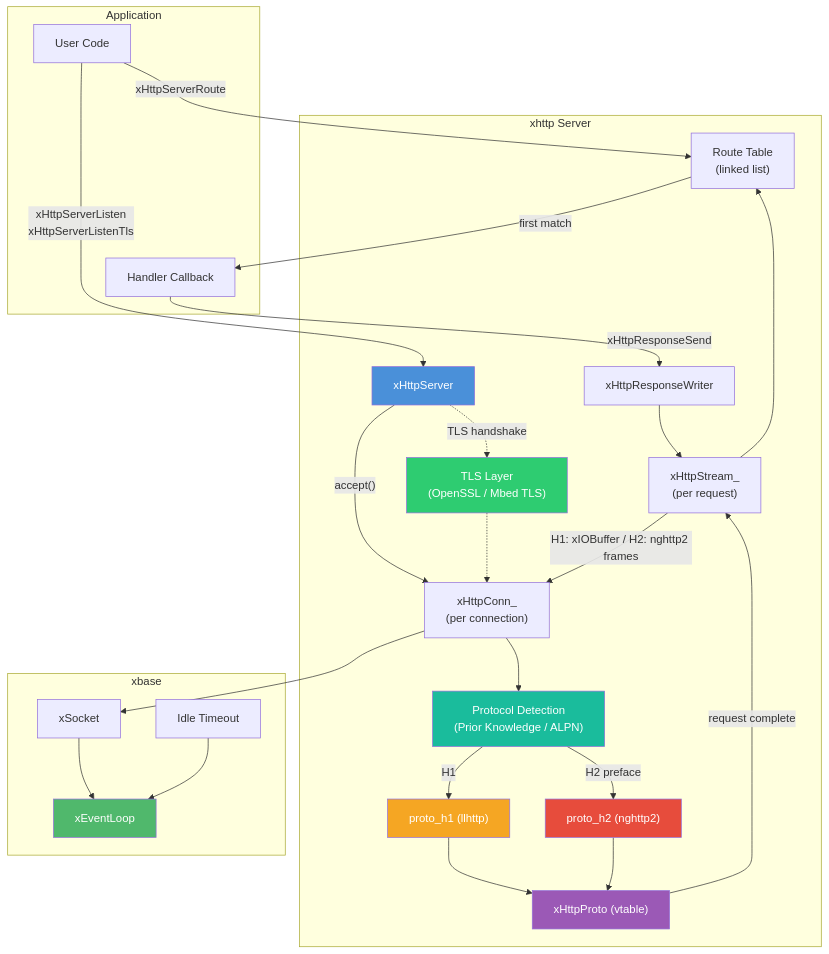
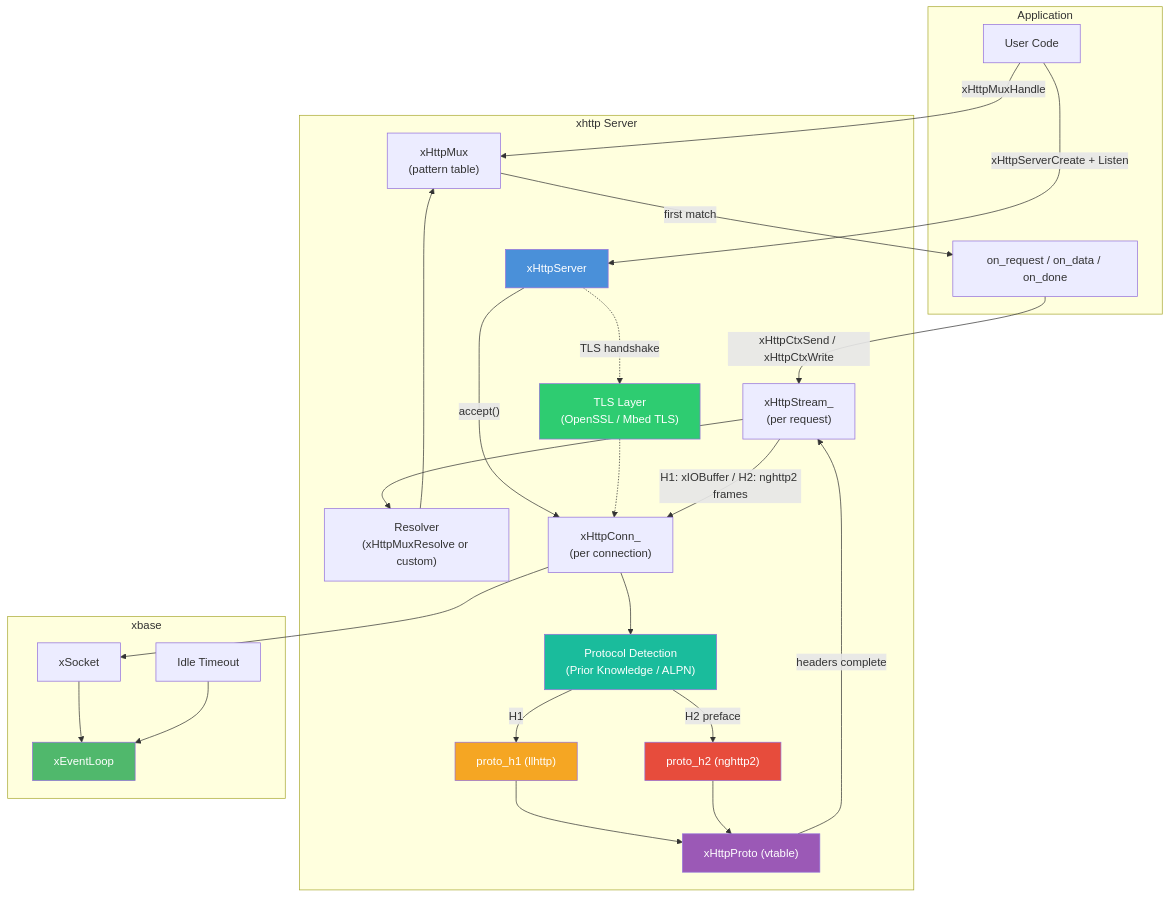
The first of 3 diagrams in docs/libx/http/server.md (mivinci/x), drawn with Mermaid before and after one commit. The commit also changed other lines of this file and 6 other files, not shown here.

First line of the commit message:
Rewrite all HTTP module docs for unified xHttpCtx API

````diff
--- a/docs/libx/http/server.md
+++ b/docs/libx/http/server.md
@@ -25,54 +27,54 @@
 ```mermaid
 graph TD
     subgraph "Application"
         APP["User Code"]
-        HANDLER["Handler Callback"]
+        HANDLER["on_request / on_data / on_done"]
     end
 
     subgraph "xhttp Server"
         SERVER["xHttpServer"]
         TLS["TLS Layer<br/>(OpenSSL / Mbed TLS)"]
-        ROUTER["Route Table<br/>(linked list)"]
+        RESOLVER["Resolver<br/>(xHttpMuxResolve or custom)"]
+        MUX["xHttpMux<br/>(pattern table)"]
         CONN["xHttpConn_<br/>(per connection)"]
         DETECT["Protocol Detection<br/>(Prior Knowledge / ALPN)"]
         PROTO["xHttpProto (vtable)"]
         PARSER_H1["proto_h1 (llhttp)"]
         PARSER_H2["proto_h2 (nghttp2)"]
         STREAM["xHttpStream_<br/>(per request)"]
-        WRITER["xHttpResponseWriter"]
     end
 
     subgraph "xbase"
         LOOP["xEventLoop"]
         SOCK["xSocket"]
         TIMER["Idle Timeout"]
     end
 
-    APP -->|"xHttpServerRoute"| ROUTER
-    APP -->|"xHttpServerListen<br/>xHttpServerListenTls"| SERVER
+    APP -->|"xHttpMuxHandle"| MUX
+    APP -->|"xHttpServerCreate + Listen"| SERVER
     SERVER -->|"accept()"| CONN
     SERVER -.->|"TLS handshake"| TLS
     TLS -.-> CONN
     CONN --> DETECT
     DETECT -->|"H1"| PARSER_H1
     DETECT -->|"H2 preface"| PARSER_H2
     PARSER_H1 --> PROTO
     PARSER_H2 --> PROTO
-    PROTO -->|"request complete"| STREAM
-    STREAM --> ROUTER
-    ROUTER -->|"first match"| HANDLER
-    HANDLER -->|"xHttpResponseSend"| WRITER
-    WRITER --> STREAM
+    PROTO -->|"headers complete"| STREAM
+    STREAM --> RESOLVER
+    RESOLVER --> MUX
+    MUX -->|"first match"| HANDLER
+    HANDLER -->|"xHttpCtxSend / xHttpCtxWrite"| STREAM
     STREAM -->|"H1: xIOBuffer / H2: nghttp2 frames"| CONN
     CONN --> SOCK
     SOCK --> LOOP
     TIMER --> LOOP
 
     style SERVER fill:#4a90d9,color:#fff
     style LOOP fill:#50b86c,color:#fff
     style PROTO fill:#9b59b6,color:#fff
     style PARSER_H1 fill:#f5a623,color:#fff
     style PARSER_H2 fill:#e74c3c,color:#fff
     style DETECT fill:#1abc9c,color:#fff
     style TLS fill:#2ecc71,color:#fff
 ```
````
